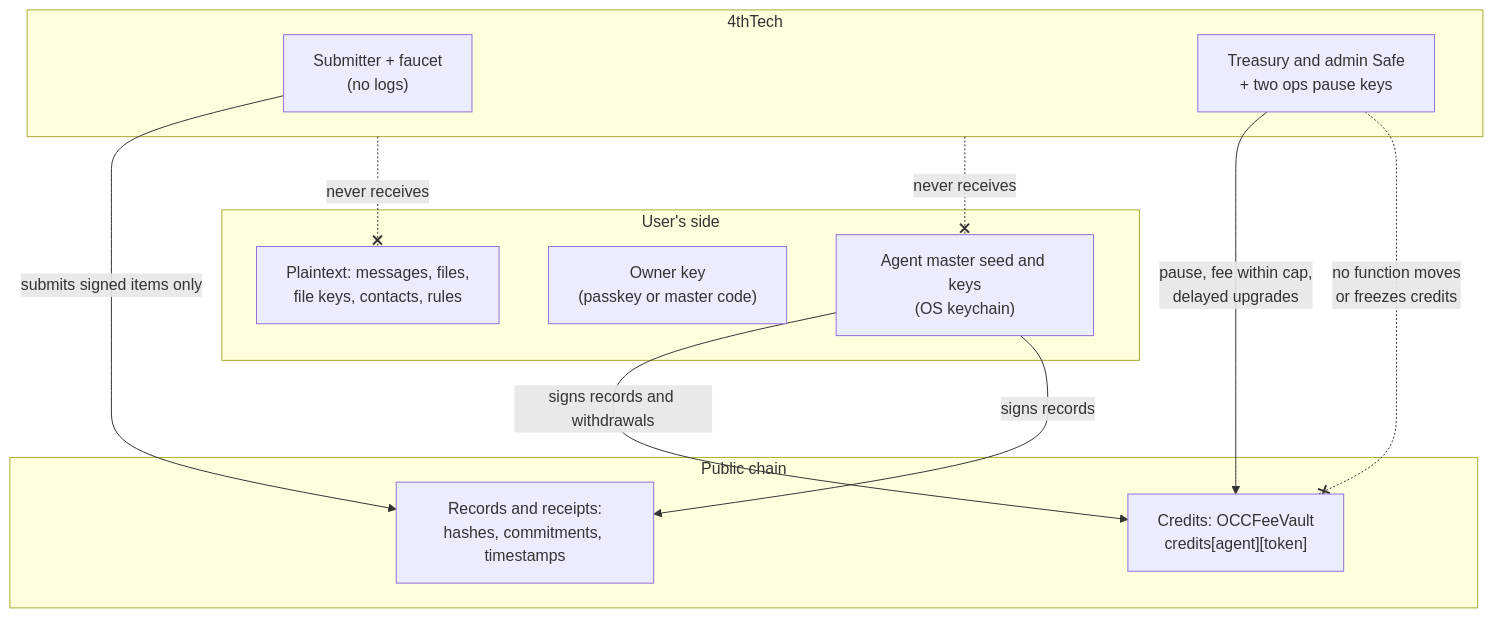
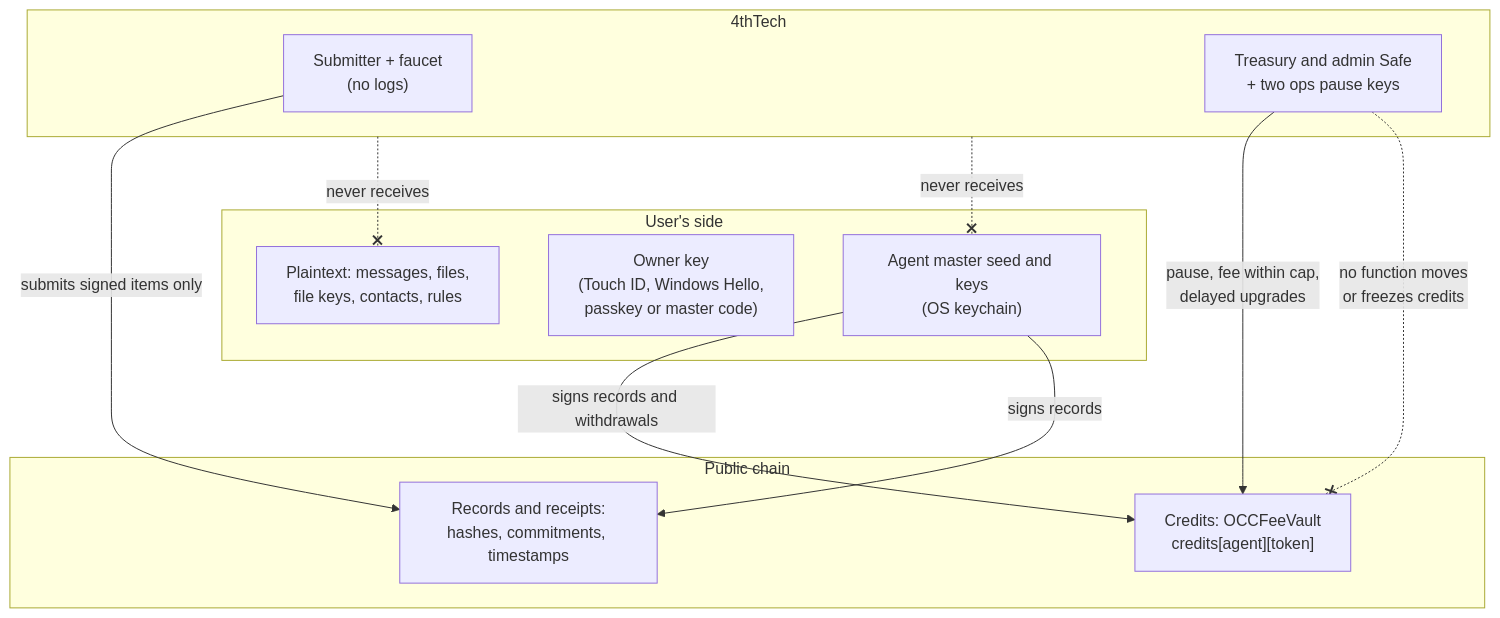
One commit to 4thtech/agentlink changed the third of 3 diagrams in docs-site/technical/concepts/payments-credits-and-trust.md. Above: the diagram before and after it, drawn with Mermaid. The commit also changed other lines of this file and 11 other files, not shown here.

Commit message:
DOCS-UNDER-THE-HOOD: technical pages current for 0.5.10 (protocol, architecture, identities, envelopes, transport, payments, crypto suites, contracts, CLI, design decisions); no stale next-release wording in the status log

````diff
--- a/docs-site/technical/concepts/payments-credits-and-trust.md
+++ b/docs-site/technical/concepts/payments-credits-and-trust.md
@@ -107,23 +107,23 @@
 ```mermaid
 flowchart TB
   subgraph User["User's side"]
     AK["Agent master seed and keys<br/>(OS keychain)"]
-    OK["Owner key<br/>(passkey or master code)"]
+    OK["Owner key<br/>(Touch ID, Windows Hello,<br/>passkey or master code)"]
     PT["Plaintext: messages, files,<br/>file keys, contacts, rules"]
   end
   subgraph Chain["Public chain"]
     CR["Credits: OCCFeeVault<br/>credits[agent][token]"]
     REC["Records and receipts:<br/>hashes, commitments, timestamps"]
   end
   subgraph FourT["4thTech"]
     SUB["Submitter + faucet<br/>(no logs)"]
     SAFE["Treasury and admin Safe<br/>+ two ops pause keys"]
   end
   AK -->|"signs records and withdrawals"| CR
   AK -->|"signs records"| REC
   SUB -->|"submits signed items only"| REC
   SAFE -->|"pause, fee within cap,<br/>delayed upgrades"| CR
   SAFE -.-x|"no function moves<br/>or freezes credits"| CR
   FourT -.-x|"never receives"| PT
   FourT -.-x|"never receives"| AK
 ```
````
